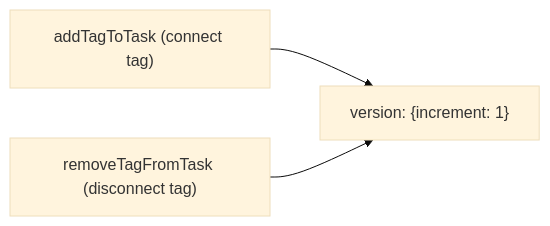
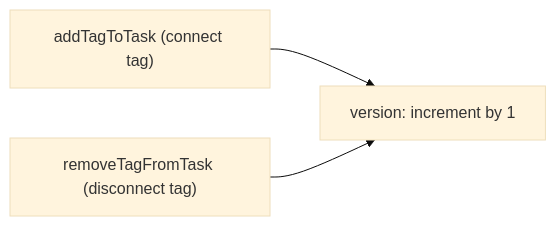
The eighth of 10 diagrams in docs/05-task-management.md (asefahmed500/Smart-Task-App_IIT_DU_Final_Project), drawn with Mermaid (base theme) before and after one commit. The commit also changed other lines of this file and 9 other files, not shown here.

Commit message:
fix: update AGENTS.md with Vercel deployment notes and additional mermaid cleanups

````diff
--- a/docs/05-task-management.md
+++ b/docs/05-task-management.md
@@ -299,8 +299,8 @@
 ```mermaid
 flowchart LR
     ADD_TAG["addTagToTask (connect tag)"]
     RM_TAG["removeTagFromTask (disconnect tag)"]
 
-    ADD_TAG --> VERSION["version: {increment: 1}"]
+    ADD_TAG --> VERSION["version: increment by 1"]
     RM_TAG --> VERSION
 ```
````
